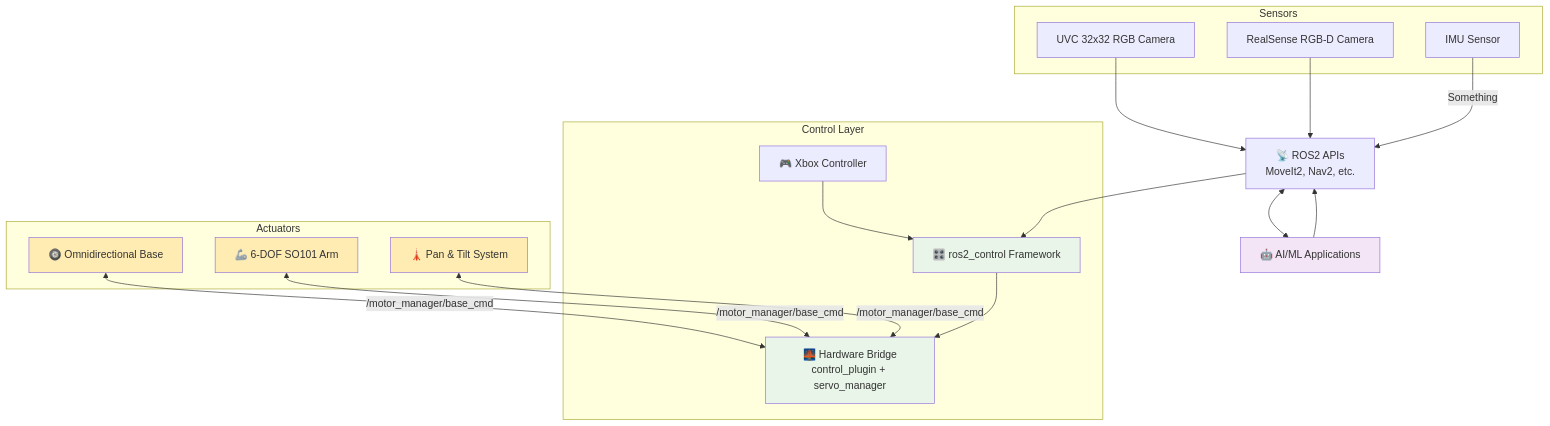
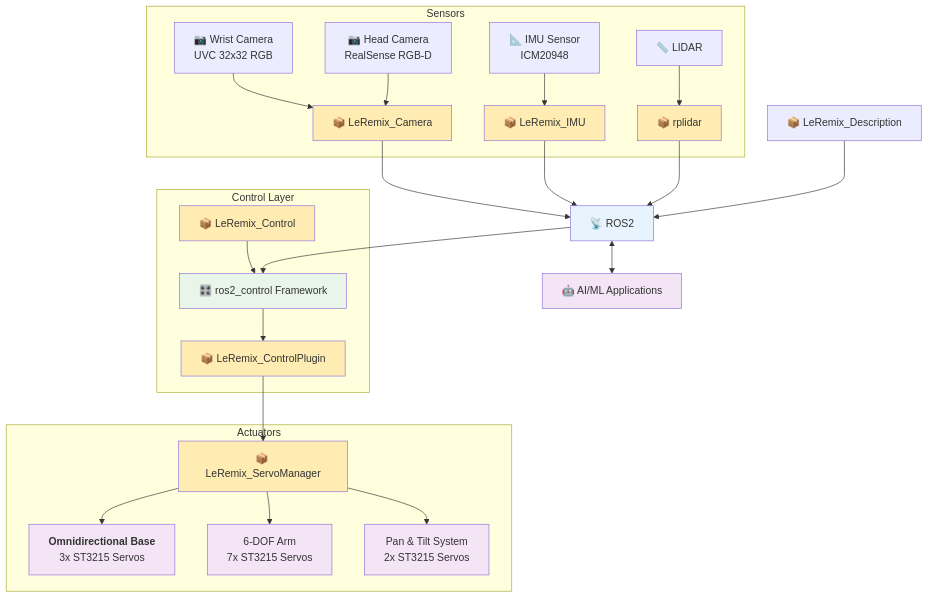
The diagram in README.md (cristidragomir97/LLMy), drawn with Mermaid before and after one commit. The commit also changed other lines of this file and 15 other files, not shown here.

````diff
--- a/README.md
+++ b/README.md
@@ -147,52 +92,70 @@
 ```mermaid
 graph TB
 
+    LeRemixDescription[📦 LeRemix_Description]
+    API[📡 ROS2]
+    Apps[🤖 AI/ML Applications]
 
     subgraph "Sensors"
-
-        WristCamera[UVC 32x32 RGB Camera]
-        HeadCamera[RealSense RGB-D Camera]
-        IMU[IMU Sensor]
+        WristCamera[📷 Wrist Camera<br/>UVC 32x32 RGB]
+        HeadCamera[📷 Head Camera<br/>RealSense RGB-D]
+        IMU[📐 IMU Sensor<br/>ICM20948]
+        LIDAR[📏 LIDAR ]
+         CameraNode[📦 LeRemix_Camera]
+        ImuNode[📦 LeRemix_IMU]
+        LidarNode[📦 rplidar]
     end
-    
-
-    API[📡 ROS2 APIs<br/>MoveIt2, Nav2, etc.]
-    Apps[🤖 AI/ML Applications]
-    
 
     subgraph "Control Layer"
-        Xbox[🎮 Xbox Controller]
         Control[🎛️ ros2_control Framework]
-        Bridge[🌉 Hardware Bridge<br/>control_plugin + servo_manager]
+        LeRemixControl[📦 LeRemix_Control]
+        LeRemixControlPlugin[📦 LeRemix_ControlPlugin]
     end
     
     subgraph "Actuators"
-        Base[🛞 Omnidirectional Base]
-        Arm[🦾 6-DOF SO101 Arm ]
-        Head[🗼 Pan & Tilt System]
+        LeRemixServoManager[📦 LeRemix_ServoManager]
+        Base[<strong>Omnidirectional Base</strong><br/>3x ST3215 Servos]
+        Arm[6-DOF Arm<br/>7x ST3215 Servos]
+        Head[Pan & Tilt System<br/>2x ST3215 Servos]
     end
 
 
-    Apps --> API
-    API --> Control 
+    %% Top to bottom flow
+    LeRemixDescription --> API
+
+    LIDAR --> LidarNode
+    WristCamera --> CameraNode
+    HeadCamera --> CameraNode
+    IMU --> ImuNode
+
+    LidarNode --> API
+    CameraNode --> API
+    ImuNode --> API
+
     API <--> Apps
-    Xbox --> Control
-    Control --> Bridge
+    API --> Control
 
-    IMU -->|Something|API
-    WristCamera --> API
-    HeadCamera --> API
+    LeRemixControl --> Control
+    Control --> LeRemixControlPlugin
+    LeRemixControlPlugin --> LeRemixServoManager
 
-    Base <-->|/motor_manager/base_cmd|Bridge
-    Arm <--> |/motor_manager/base_cmd|Bridge
-    Head <--> |/motor_manager/base_cmd|Bridge
+    LeRemixServoManager --> Base
+    LeRemixServoManager --> Arm
+    LeRemixServoManager --> Head
+    
+    style CameraNode fill:#ffecb3
+    style LidarNode fill:#ffecb3
+    style ImuNode fill:#ffecb3
 
+    style LeRemixControl fill:#ffecb3
+    style LeRemixControlPlugin fill:#ffecb3
+    style LeRemixServoManager fill:#ffecb3
 
-    
     style Apps fill:#f3e5f5
+    style API fill:#e8f4fd
     style Control fill:#e8f5e8
-    style Bridge fill:#e8f5e8
-    style Base fill:#ffecb3
-    style Arm fill:#ffecb3
-    style Head fill:#ffecb3
+
+    style Base fill:#f3e5f5
+    style Arm fill:#f3e5f5
+    style Head fill:#f3e5f5
 ```
````
